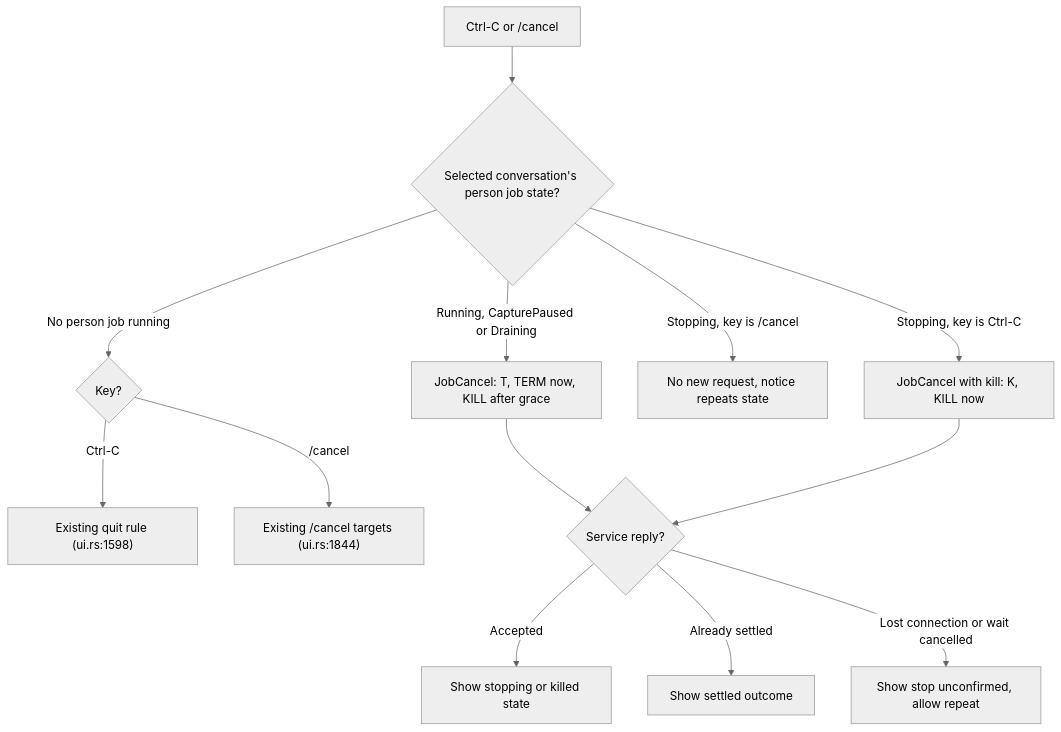
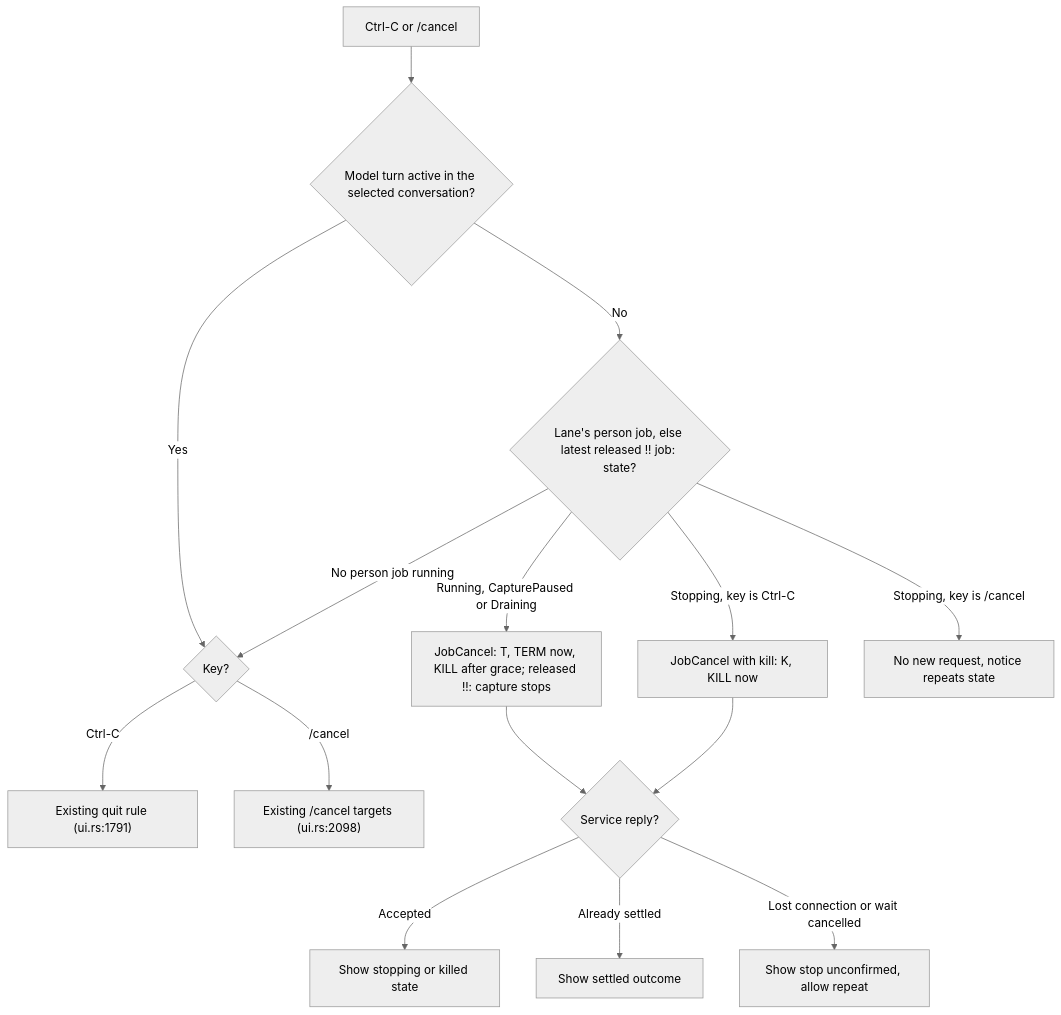
One commit to pidster/asura changed the third of 10 diagrams in docs/designs/person-command-mode.md. Above: the diagram before and after it, drawn with Mermaid (neutral theme). The commit also changed other lines of this file and 14 other files, not shown here.

````diff
--- a/docs/designs/person-command-mode.md
+++ b/docs/designs/person-command-mode.md
@@ -428,15 +453,17 @@
 ```mermaid
 flowchart TD
-    Key["Ctrl-C or /cancel"] --> Running{"Selected conversation's person job state?"}
-    Running -->|"Running, CapturePaused or Draining"| First["JobCancel: T, TERM now, KILL after grace"]
+    Key["Ctrl-C or /cancel"] --> Turn{"Model turn active in the selected conversation?"}
+    Turn -->|"Yes"| Existing
+    Turn -->|"No"| Running{"Lane's person job, else latest released !! job: state?"}
+    Running -->|"Running, CapturePaused or Draining"| First["JobCancel: T, TERM now, KILL after grace; released !!: capture stops"]
     Running -->|"Stopping, key is Ctrl-C"| Kill["JobCancel with kill: K, KILL now"]
     Running -->|"Stopping, key is /cancel"| Same["No new request, notice repeats state"]
     Running -->|"No person job running"| Existing{"Key?"}
-    Existing -->|"Ctrl-C"| Quit["Existing quit rule (ui.rs:1598)"]
-    Existing -->|"/cancel"| Old["Existing /cancel targets (ui.rs:1844)"]
+    Existing -->|"Ctrl-C"| Quit["Existing quit rule (ui.rs:1791)"]
+    Existing -->|"/cancel"| Old["Existing /cancel targets (ui.rs:2098)"]
     First --> Reply{"Service reply?"}
     Kill --> Reply
     Reply -->|"Accepted"| Show["Show stopping or killed state"]
     Reply -->|"Already settled"| Done["Show settled outcome"]
     Reply -->|"Lost connection or wait cancelled"| Unconfirmed["Show stop unconfirmed, allow repeat"]
 ```
````
